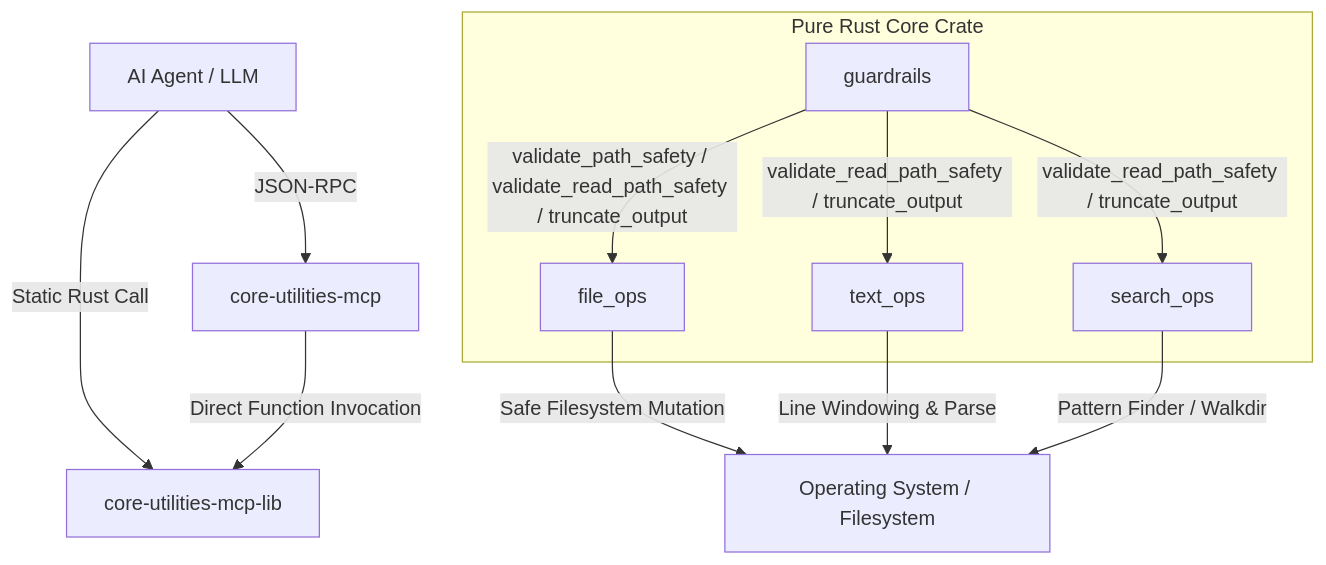
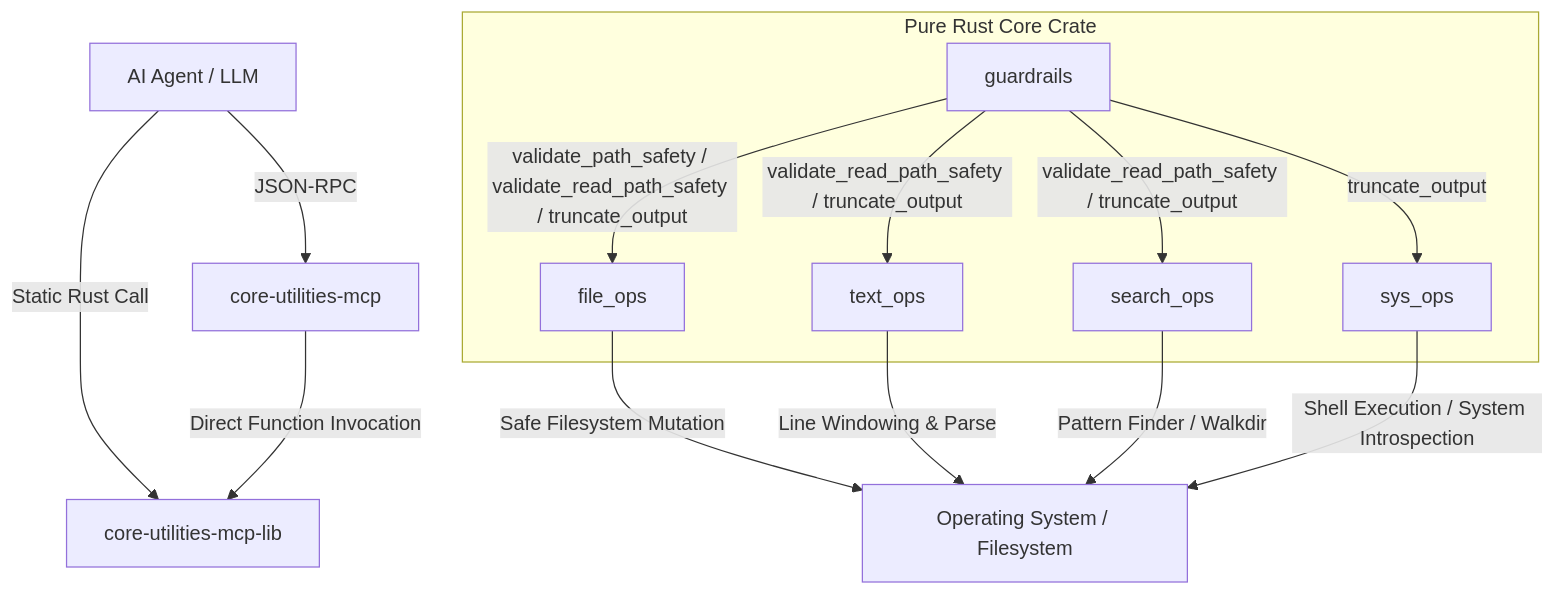
One commit to akahmys/core-utilities-mcp changed the diagram in ARCHITECTURE.md. Above: the diagram before and after it, drawn with Mermaid. The commit also changed other lines of this file and 8 other files, not shown here.

````diff
--- a/ARCHITECTURE.md
+++ b/ARCHITECTURE.md
@@ -34,16 +34,18 @@
 ```mermaid
 graph TD
     AI[AI Agent / LLM] -->|JSON-RPC| MCP[core-utilities-mcp]
     AI -->|Static Rust Call| LIB[core-utilities-mcp-lib]
     MCP -->|Direct Function Invocation| LIB
     
     subgraph core-utilities-mcp-lib [Pure Rust Core Crate]
         G[guardrails] -->|validate_path_safety / validate_read_path_safety / truncate_output| F[file_ops]
         G -->|validate_read_path_safety / truncate_output| T[text_ops]
         G -->|validate_read_path_safety / truncate_output| S[search_ops]
+        G -->|truncate_output| SYS[sys_ops]
     end
     
     F -->|Safe Filesystem Mutation| OS[Operating System / Filesystem]
     T -->|Line Windowing & Parse| OS
     S -->|Pattern Finder / Walkdir| OS
+    SYS -->|Shell Execution / System Introspection| OS
 ```
````
